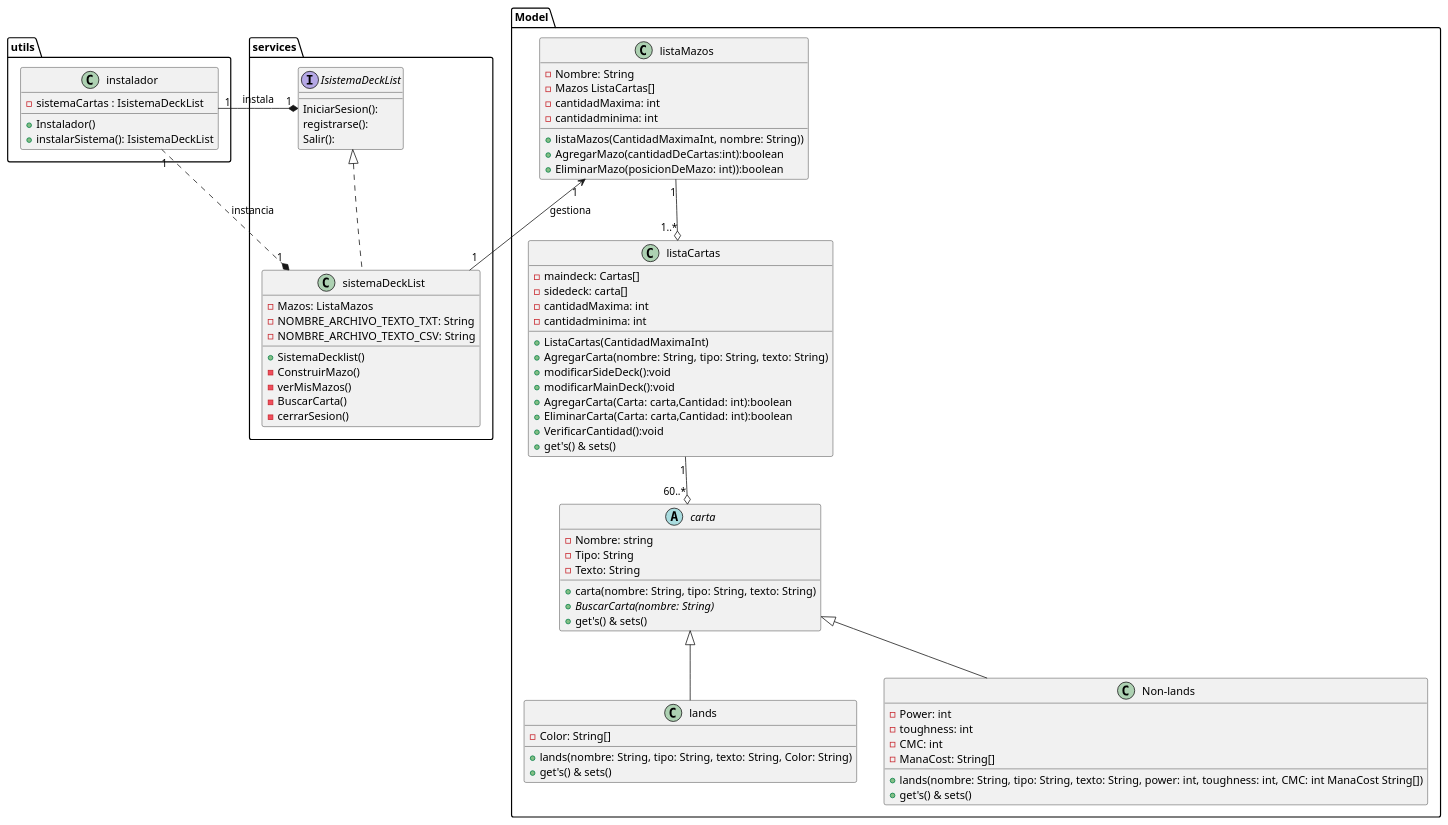
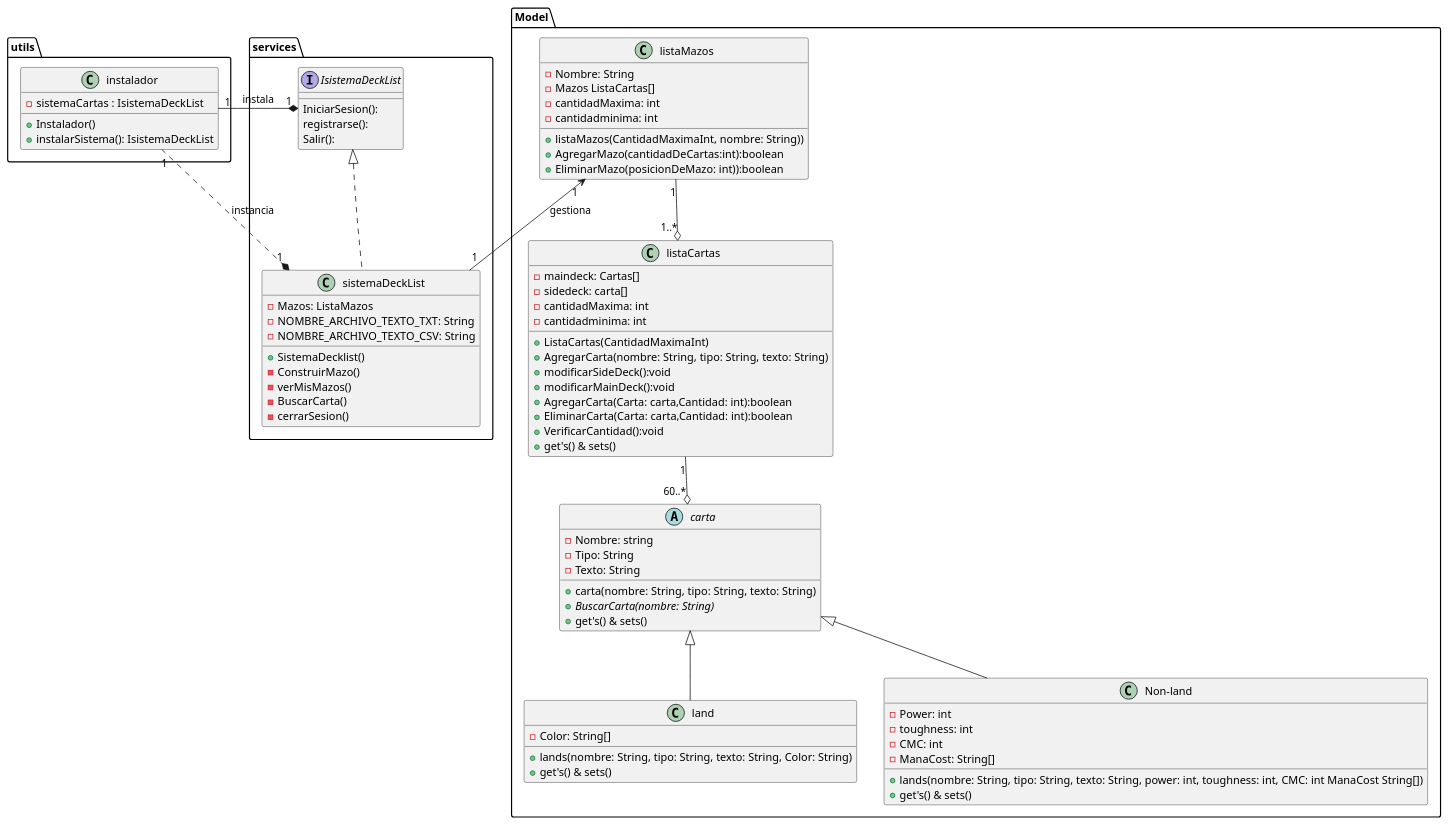
Before and after one commit to crimaxi/-PA-Taller2_CortesChristopher_EspinozaRomina: the diagram in src/Class.puml, drawn with PlantUML. The commit also changed 1 other file, not shown here.

```diff
--- a/src/Class.puml
+++ b/src/Class.puml
@@ -1,88 +1,88 @@
 @startuml
 package Model{
 abstract carta{
 -Nombre: string
 -Tipo: String
 -Texto: String
 +carta(nombre: String, tipo: String, texto: String)
 +{abstract}BuscarCarta(nombre: String)
 +get's() & sets()
 
 }
-class lands extends carta{
+class land extends carta{
 -Color: String[]
 +lands(nombre: String, tipo: String, texto: String, Color: String)
 +get's() & sets()
 }
 
-class Non-lands extends carta{
+class Non-land extends carta{
 -Power: int
 -toughness: int
 -CMC: int
 -ManaCost: String[]
 +lands(nombre: String, tipo: String, texto: String, power: int, toughness: int, CMC: int ManaCost String[])
 +get's() & sets()
 }
 
 class listaCartas{
 -maindeck: Cartas[]
 -sidedeck: carta[]
 -cantidadMaxima: int
 -cantidadminima: int
 +ListaCartas(CantidadMaximaInt)
 +AgregarCarta(nombre: String, tipo: String, texto: String)
 +modificarSideDeck():void
 +modificarMainDeck():void
 +AgregarCarta(Carta: carta,Cantidad: int):boolean
 +EliminarCarta(Carta: carta,Cantidad: int):boolean
 +VerificarCantidad():void
 +get's() & sets()
 }
 
 class listaMazos{
 -Nombre: String
 -Mazos ListaCartas[]
 -cantidadMaxima: int
 -cantidadminima: int
 +listaMazos(CantidadMaximaInt, nombre: String))
 +AgregarMazo(cantidadDeCartas:int):boolean
 +EliminarMazo(posicionDeMazo: int)):boolean
 
 }
 
 }
 package utils{
-CLass instalador{
+class instalador{
     - sistemaCartas : IsistemaDeckList
 	+ Instalador()
 	+ instalarSistema(): IsistemaDeckList
 }
 
 }
 package services{
 interface IsistemaDeckList{
 IniciarSesion():
 registrarse():
 Salir():
 }
 
 
 Class sistemaDeckList implements IsistemaDeckList{
 -Mazos: ListaMazos
 -NOMBRE_ARCHIVO_TEXTO_TXT: String
 -NOMBRE_ARCHIVO_TEXTO_CSV: String
 
 +SistemaDecklist()
 -ConstruirMazo()
 -verMisMazos()
 -BuscarCarta()
 -cerrarSesion()
 }
 
 listaMazos "1" <-- "1" sistemaDeckList: gestiona
 instalador "1"---right--*"1" IsistemaDeckList:  instala
 instalador "1"..* "1" sistemaDeckList: instancia
 listaCartas "1"--o "60..*" carta
 listaMazos "1" --o "1..*" listaCartas
 }
 @enduml
```
